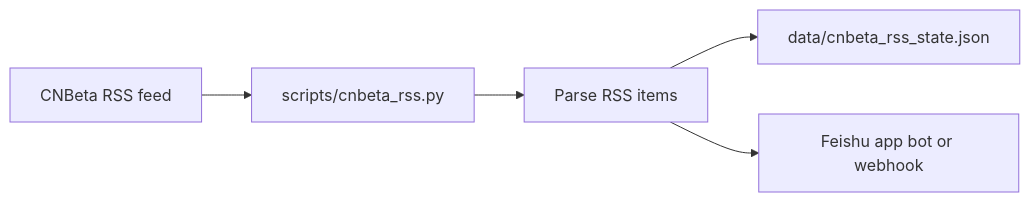
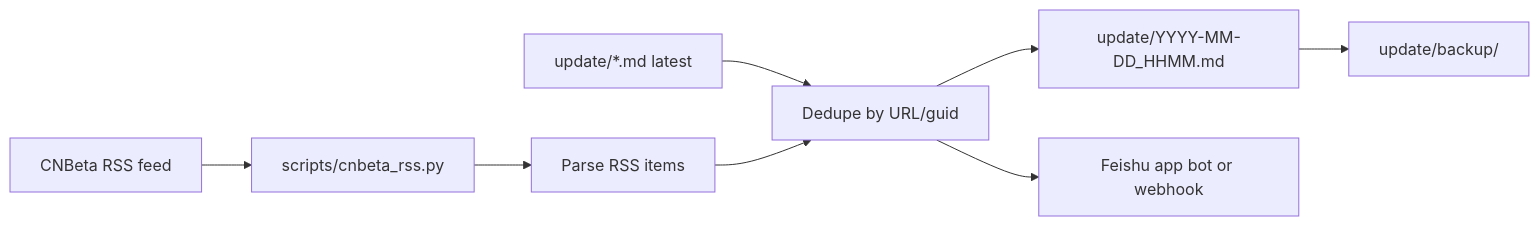
Before and after one commit to zjk1984/new-movie-tracker-skill: the diagram in docs/project-context.md, drawn with Mermaid. The commit also changed other lines of this file and 7 other files, not shown here.

First line of the commit message:
feat(cnbeta): add update/ markdown workflow with dedup and backup

````diff
--- a/docs/project-context.md
+++ b/docs/project-context.md
@@ -9,7 +9,10 @@
 ```mermaid
 flowchart LR
   RSS[CNBeta RSS feed] --> Fetch[scripts/cnbeta_rss.py]
   Fetch --> Parse[Parse RSS items]
-  Parse --> State[data/cnbeta_rss_state.json]
-  Parse --> Feishu[Feishu app bot or webhook]
+  Prev[update/*.md latest] --> Dedupe[Dedupe by URL/guid]
+  Parse --> Dedupe
+  Dedupe --> Update[update/YYYY-MM-DD_HHMM.md]
+  Dedupe --> Feishu[Feishu app bot or webhook]
+  Update --> Backup[update/backup/]
 ```
````
